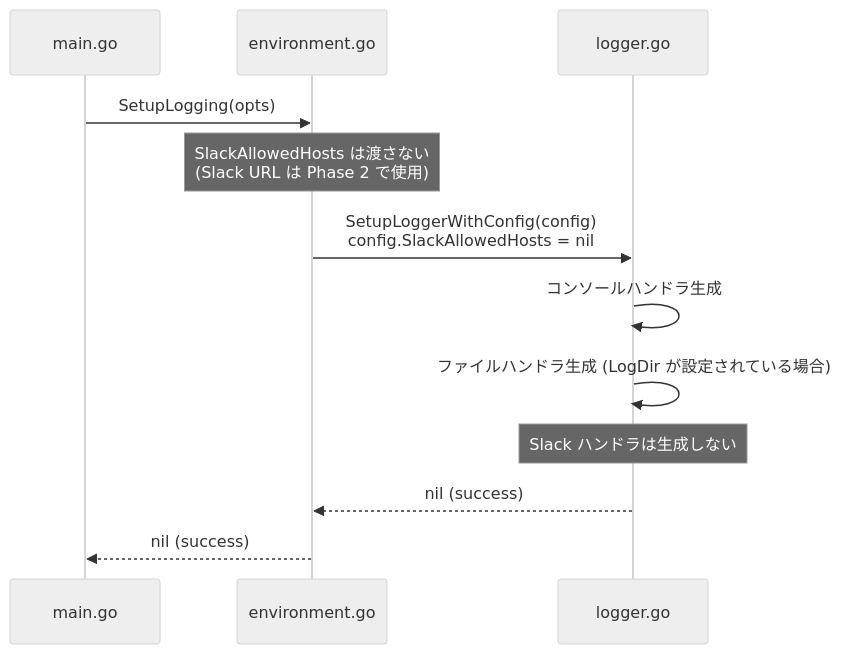
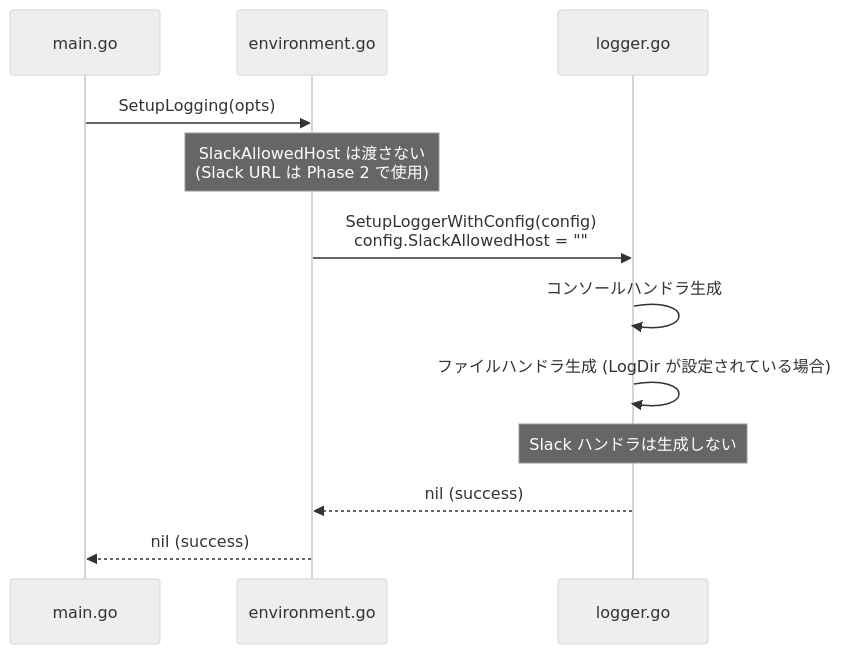
One commit to isseis/go-safe-cmd-runner changed the sixth of 9 diagrams in docs/tasks/0091_slack_webhook_allowlist/02_architecture.md. Above: the diagram before and after it, drawn with Mermaid (neutral theme). The commit also changed other lines of this file and 2 other files, not shown here.

First line of the commit message:
docs(0091): change slack_allowed_hosts from []string to single string

````diff
--- a/docs/tasks/0091_slack_webhook_allowlist/02_architecture.md
+++ b/docs/tasks/0091_slack_webhook_allowlist/02_architecture.md
@@ -150,15 +151,15 @@
 ```mermaid
 sequenceDiagram
     participant M as main.go
     participant E as environment.go
     participant L as logger.go
 
     M->>E: SetupLogging(opts)
-    Note over E: SlackAllowedHosts は渡さない<br>(Slack URL は Phase 2 で使用)
-    E->>L: SetupLoggerWithConfig(config)<br>config.SlackAllowedHosts = nil
+    Note over E: SlackAllowedHost は渡さない<br>(Slack URL は Phase 2 で使用)
+    E->>L: SetupLoggerWithConfig(config)<br>config.SlackAllowedHost = ""
     L->>L: コンソールハンドラ生成
     L->>L: ファイルハンドラ生成 (LogDir が設定されている場合)
     Note over L: Slack ハンドラは生成しない
     L-->>E: nil (success)
     E-->>M: nil (success)
 ```
````
